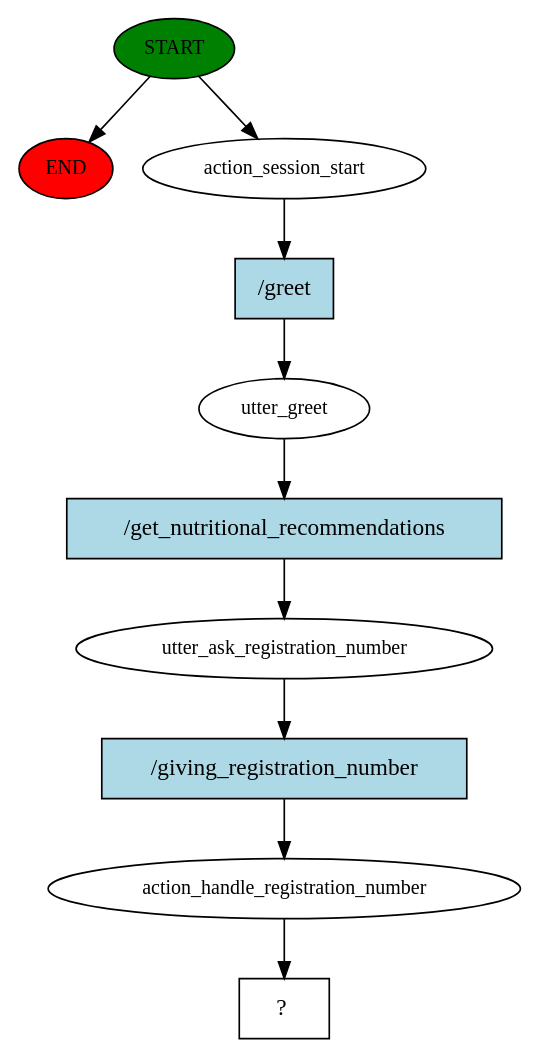
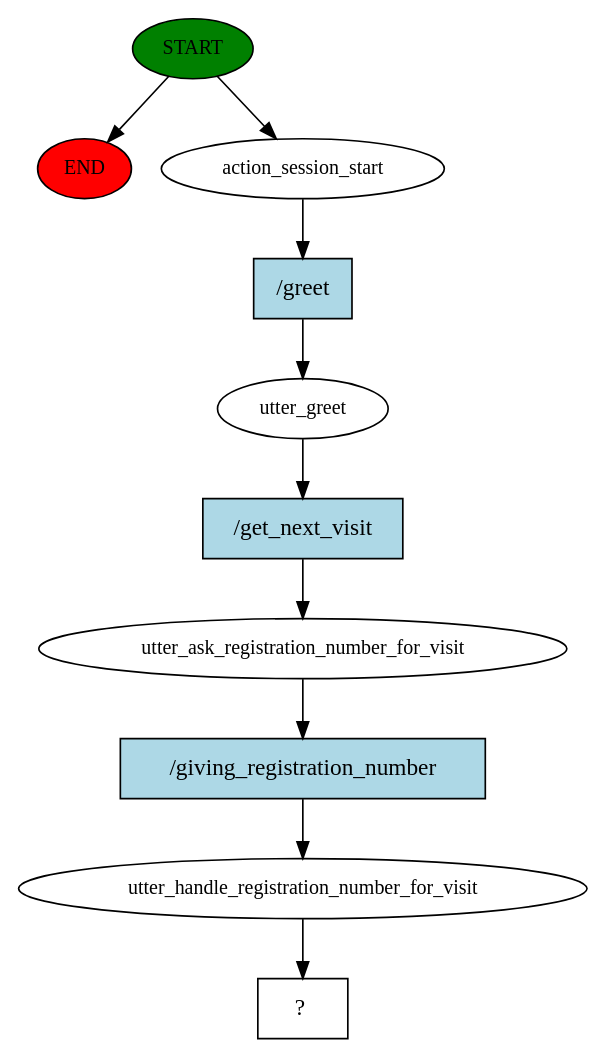
One commit to JRButoto/RCHS-Chatbot changed the diagram in rasabot/story_graph.dot. Above: the diagram before and after it, drawn with Graphviz. The commit also changed 192 other files, not shown here.

Commit message:
added get_next_visit

```diff
--- a/rasabot/story_graph.dot
+++ b/rasabot/story_graph.dot
@@ -1,21 +1,21 @@
 digraph  {
 0 [class="start active", fillcolor=green, fontsize=12, label=START, style=filled];
 "-1" [class=end, fillcolor=red, fontsize=12, label=END, style=filled];
 1 [class=active, fontsize=12, label=action_session_start];
 2 [class=active, fontsize=12, label=utter_greet];
-3 [class=active, fontsize=12, label=utter_ask_registration_number];
-4 [class=active, fontsize=12, label=action_handle_registration_number];
+3 [class=active, fontsize=12, label=utter_ask_registration_number_for_visit];
+4 [class=active, fontsize=12, label=utter_handle_registration_number_for_visit];
 5 [class="intent dashed active", label="  ?  ", shape=rect];
 6 [class="intent active", fillcolor=lightblue, label="/greet", shape=rect, style=filled];
-7 [class="intent active", fillcolor=lightblue, label="/get_nutritional_recommendations", shape=rect, style=filled];
+7 [class="intent active", fillcolor=lightblue, label="/get_next_visit", shape=rect, style=filled];
 8 [class="intent active", fillcolor=lightblue, label="/giving_registration_number", shape=rect, style=filled];
 0 -> "-1"  [class="", key=NONE, label=""];
 0 -> 1  [class=active, key=NONE, label=""];
 1 -> 6  [class=active, key=0];
 2 -> 7  [class=active, key=0];
 3 -> 8  [class=active, key=0];
 4 -> 5  [class=active, key=NONE, label=""];
 6 -> 2  [class=active, key=0];
 7 -> 3  [class=active, key=0];
 8 -> 4  [class=active, key=0];
 }
```
